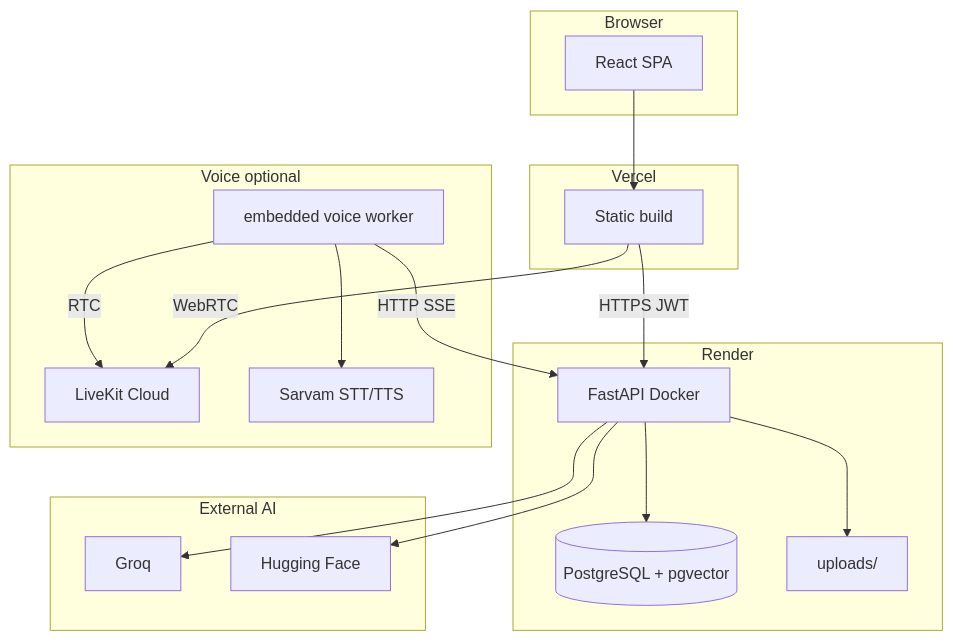
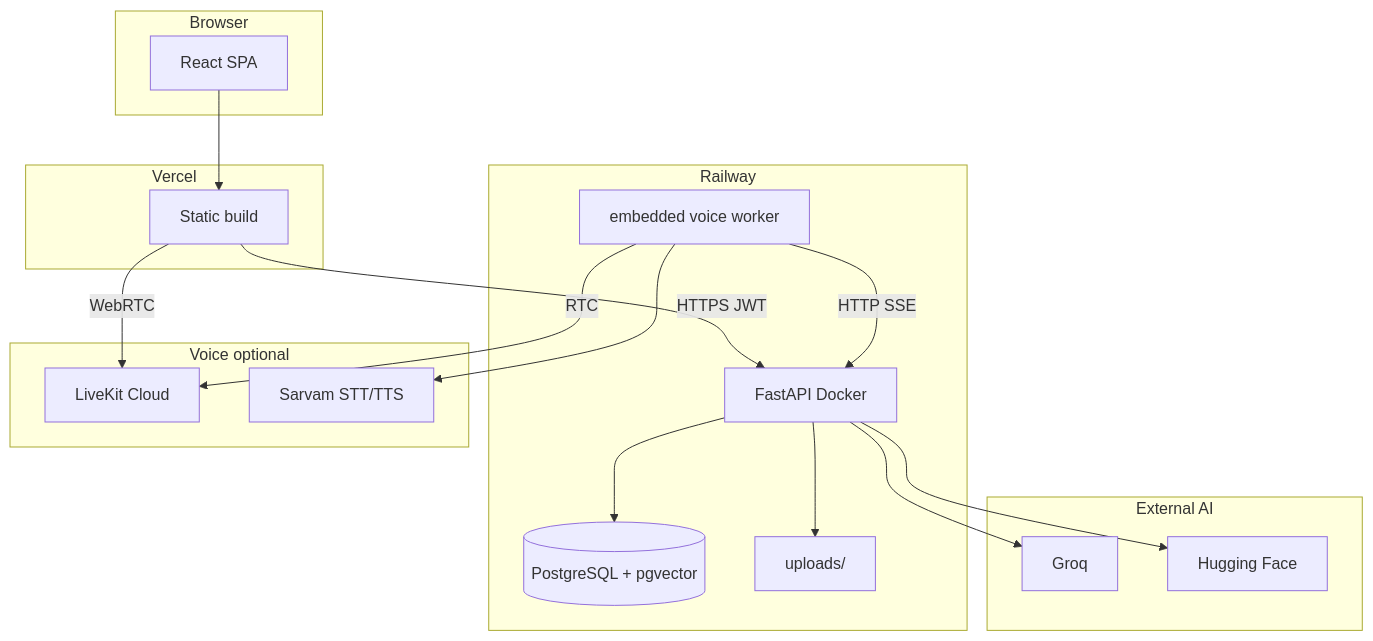
Before and after one commit to SHRIYAASK/chatbot-platform_assignment: the second of 8 diagrams in README.md, drawn with Mermaid. The commit also changed other lines of this file and 10 other files, not shown here.

First line of the commit message:
Add Synora landing page and architecture documentation.

````diff
--- a/README.md
+++ b/README.md
@@ -57,33 +67,33 @@
 ```mermaid
 flowchart TB
     subgraph Client["Browser"]
         UI[React SPA]
     end
     subgraph Vercel["Vercel"]
         FE[Static build]
     end
-    subgraph Render["Render"]
+    subgraph Railway["Railway"]
         API[FastAPI Docker]
         PG[(PostgreSQL + pgvector)]
         FS[uploads/]
+        VA[embedded voice worker]
     end
-    subgraph Voice["Voice optional"]
+    subgraph VoiceCloud["Voice optional"]
         LK[LiveKit Cloud]
-        VA[embedded voice worker]
         SV[Sarvam STT/TTS]
     end
     subgraph External["External AI"]
         Groq[Groq]
         HF[Hugging Face]
     end
     UI --> FE
     FE -->|HTTPS JWT| API
     API --> PG
     API --> FS
     API --> Groq
     API --> HF
     FE -->|WebRTC| LK
     VA -->|RTC| LK
     VA --> SV
     VA -->|HTTP SSE| API
 ```
````
